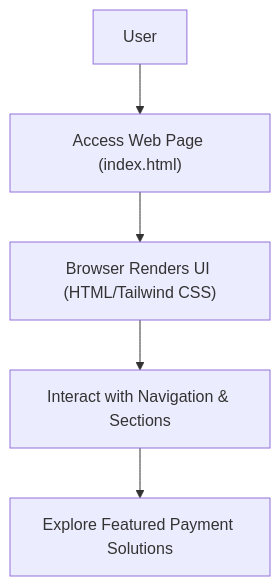
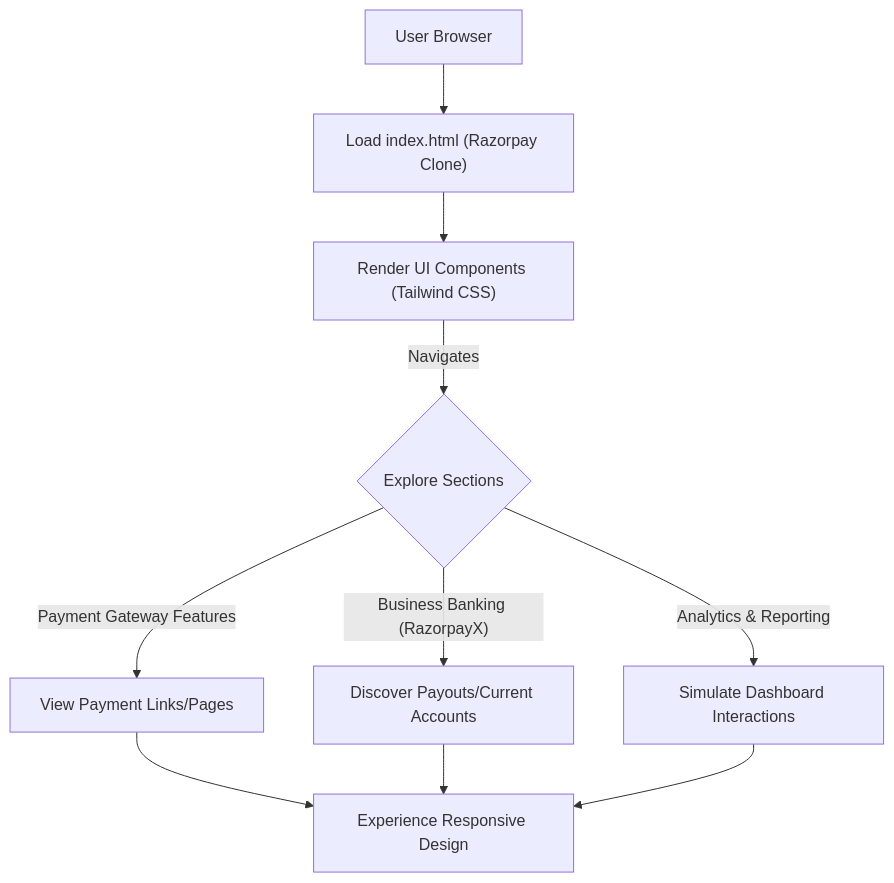
The diagram in README.md (grewal16/Razorpay_clone), drawn with Mermaid before and after one commit. The commit also changed other lines of this file, not shown here.

````diff
--- a/README.md
+++ b/README.md
@@ -38,7 +38,10 @@
 ```mermaid
 graph TD
-    A["User"] --> B["Access Web Page (index.html)"];
-    B --> C["Browser Renders UI (HTML/Tailwind CSS)"];
-    C --> D["Interact with Navigation & Sections"];
-    D --> E["Explore Featured Payment Solutions"];
+    A["User Browser"] --> B["Load index.html (Razorpay Clone)"];
+    B --> C["Render UI Components (Tailwind CSS)"];
+    C -- "Navigates" --> D{"Explore Sections"};
+    D -- "Payment Gateway Features" --> E["View Payment Links/Pages"];
+    D -- "Business Banking (RazorpayX)" --> F["Discover Payouts/Current Accounts"];
+    D -- "Analytics & Reporting" --> G["Simulate Dashboard Interactions"];
+    E & F & G --> H["Experience Responsive Design"];
 ```
````
